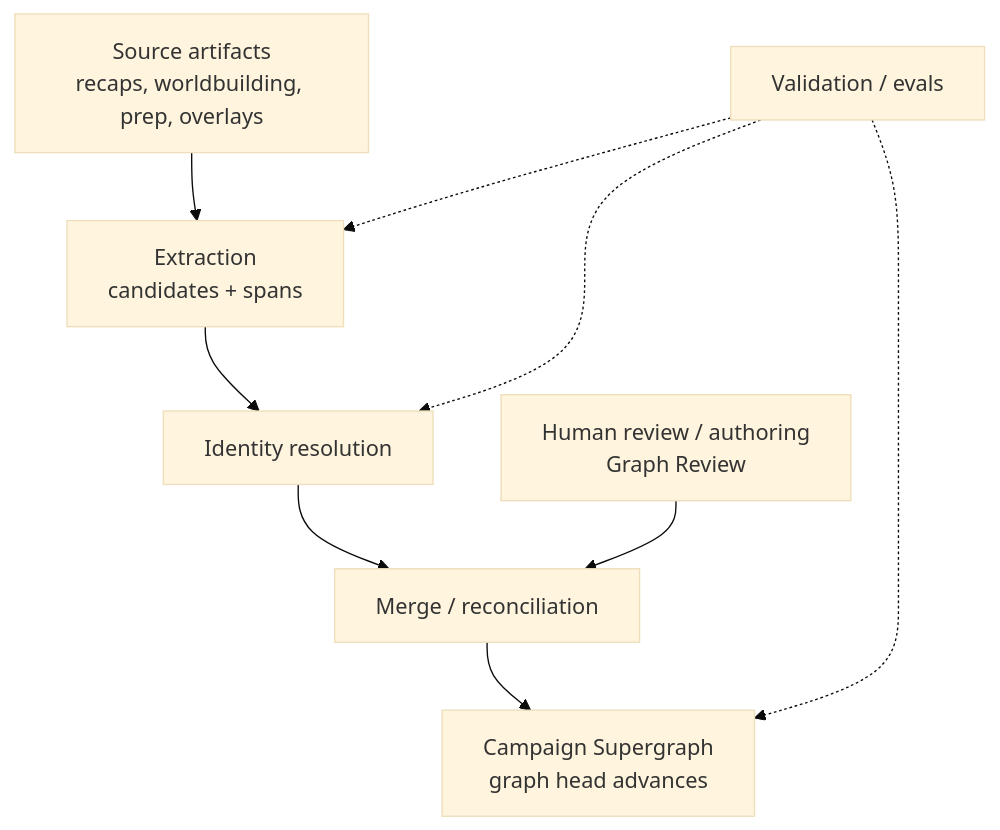
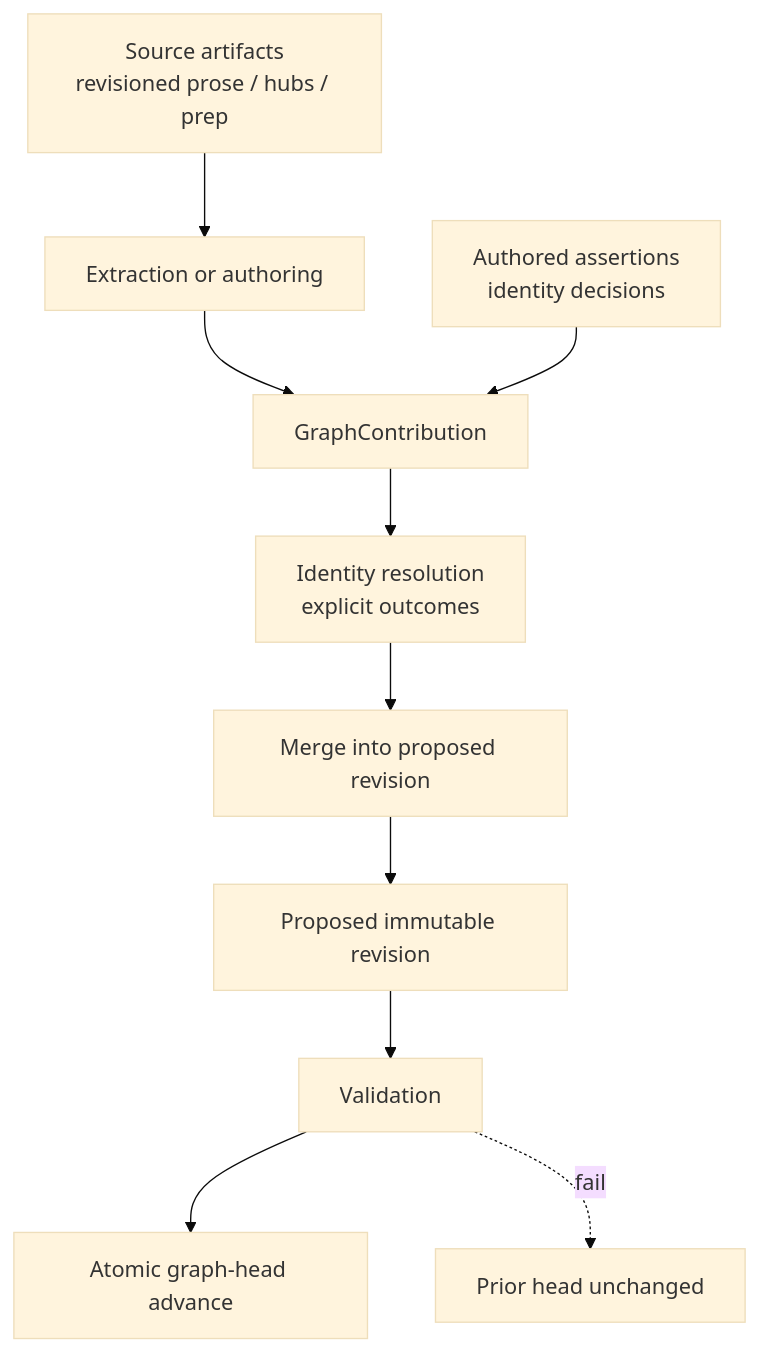
One commit to Drakosfire/DungeonMindBuddy changed the first of 2 diagrams in Docs/Design/ARCHITECTURE-campaign-supergraph.md. Above: the diagram before and after it, drawn with Mermaid (base theme). The commit also changed other lines of this file and 3 other files, not shown here.

First line of the commit message:
docs: lock Supergraph semantics for PR322 re-review

````diff
--- a/Docs/Design/ARCHITECTURE-campaign-supergraph.md
+++ b/Docs/Design/ARCHITECTURE-campaign-supergraph.md
@@ -163,11 +296,12 @@
 ```mermaid
 flowchart TD
-  S[Source artifacts<br/>recaps, worldbuilding, prep, overlays] --> E[Extraction<br/>candidates + spans]
-  E --> I[Identity resolution]
-  I --> M[Merge / reconciliation]
-  M --> G[Campaign Supergraph<br/>graph head advances]
-  R[Human review / authoring<br/>Graph Review] --> M
-  V[Validation / evals] -.-> E
-  V -.-> I
-  V -.-> G
+  S[Source artifacts<br/>revisioned prose / hubs / prep] --> X[Extraction or authoring]
+  X --> C[GraphContribution]
+  C --> I[Identity resolution<br/>explicit outcomes]
+  I --> M[Merge into proposed revision]
+  A[Authored assertions<br/>identity decisions] --> C
+  M --> P[Proposed immutable revision]
+  P --> V[Validation]
+  V --> H[Atomic graph-head advance]
+  V -.->|fail| R[Prior head unchanged]
 ```
````
